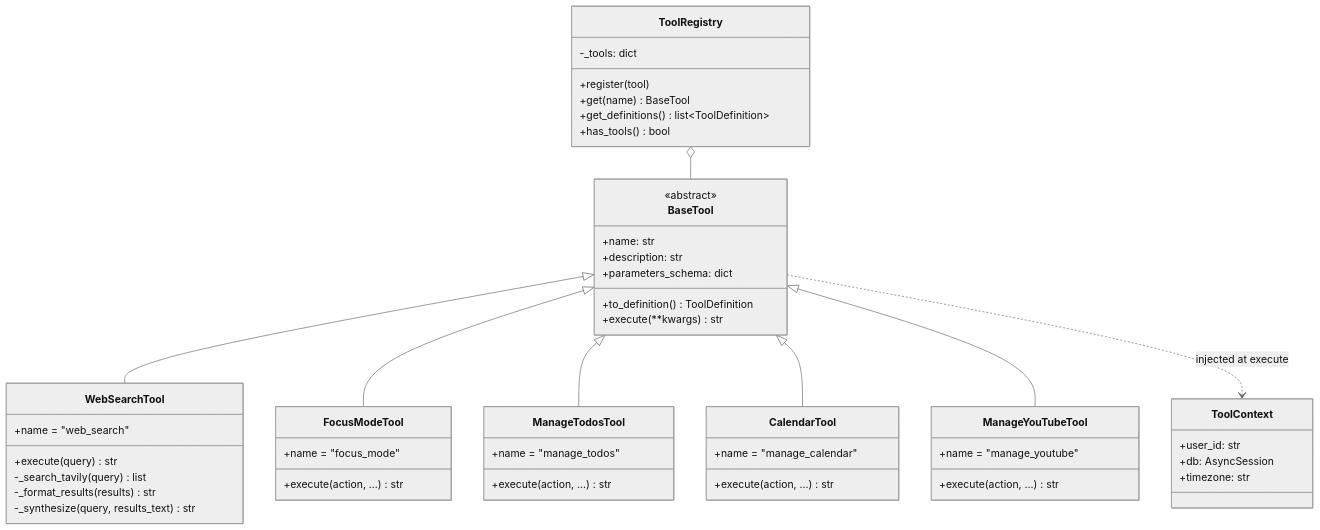
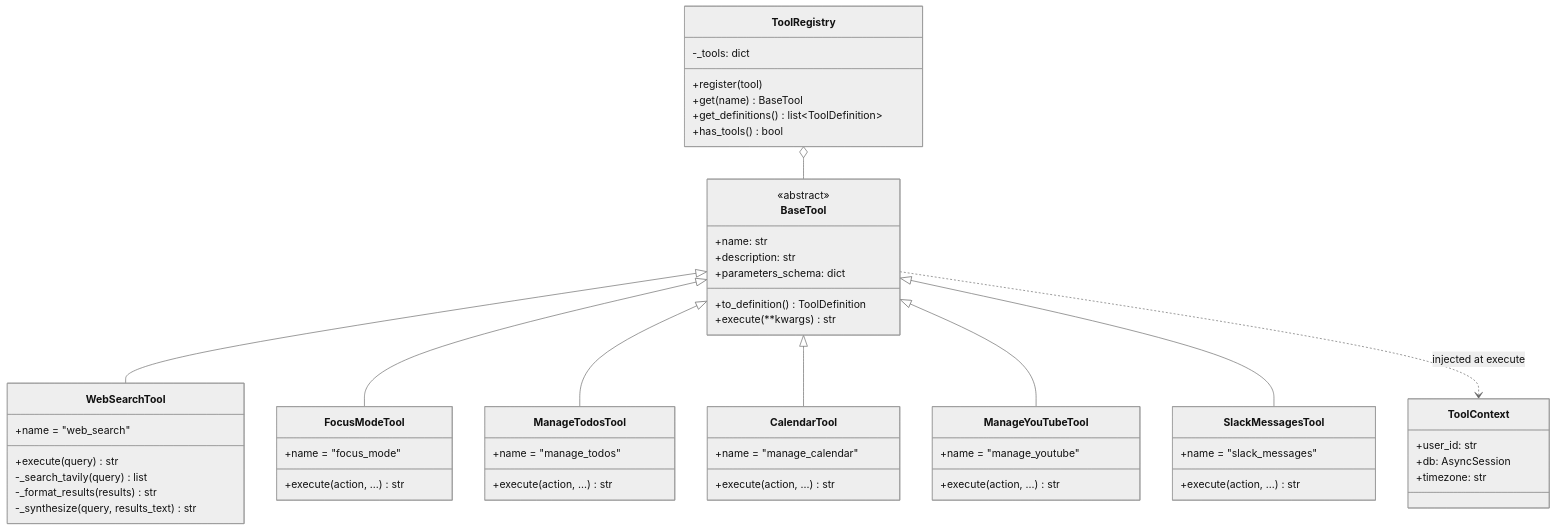
Before and after one commit to tekkno89/alfred-pa: the first of 3 diagrams in .claude/diagrams/tool-system.md, drawn with Mermaid (neutral theme). The commit also changed other lines of this file and 7 other files, not shown here.

````diff
--- a/.claude/diagrams/tool-system.md
+++ b/.claude/diagrams/tool-system.md
@@ -5,53 +5,58 @@
 ```mermaid
 classDiagram
     class BaseTool {
         <<abstract>>
         +name: str
         +description: str
         +parameters_schema: dict
         +to_definition() ToolDefinition
         +execute(**kwargs) str
     }
     class ToolContext {
         +user_id: str
         +db: AsyncSession
         +timezone: str
     }
     class WebSearchTool {
         +name = "web_search"
         +execute(query) str
         -_search_tavily(query) list
         -_format_results(results) str
         -_synthesize(query, results_text) str
     }
     class FocusModeTool {
         +name = "focus_mode"
         +execute(action, ...) str
     }
     class ManageTodosTool {
         +name = "manage_todos"
         +execute(action, ...) str
     }
     class CalendarTool {
         +name = "manage_calendar"
         +execute(action, ...) str
     }
     class ManageYouTubeTool {
         +name = "manage_youtube"
         +execute(action, ...) str
     }
+    class SlackMessagesTool {
+        +name = "slack_messages"
+        +execute(action, ...) str
+    }
     class ToolRegistry {
         -_tools: dict
         +register(tool)
         +get(name) BaseTool
         +get_definitions() list~ToolDefinition~
         +has_tools() bool
     }
     BaseTool <|-- WebSearchTool
     BaseTool <|-- FocusModeTool
     BaseTool <|-- ManageTodosTool
     BaseTool <|-- CalendarTool
     BaseTool <|-- ManageYouTubeTool
+    BaseTool <|-- SlackMessagesTool
     ToolRegistry o-- BaseTool
     BaseTool ..> ToolContext : injected at execute
 ```
````
